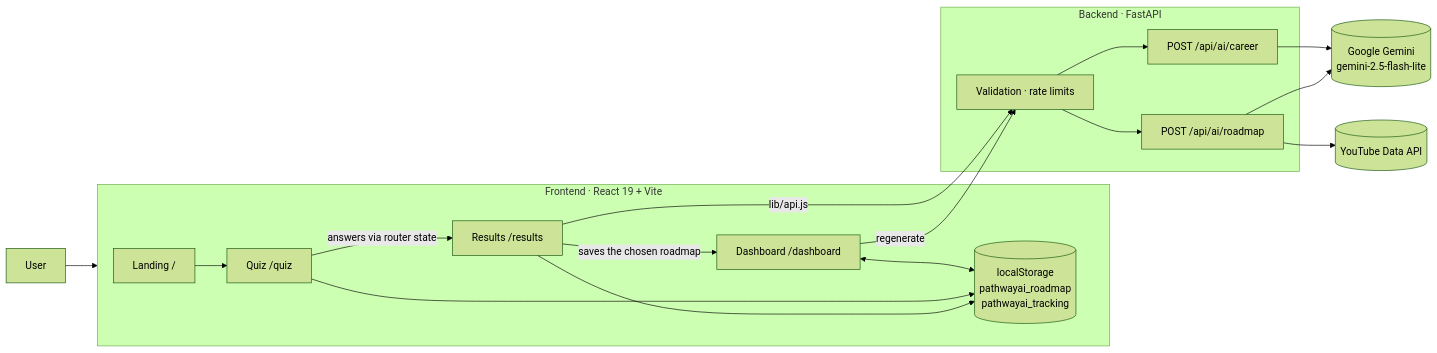
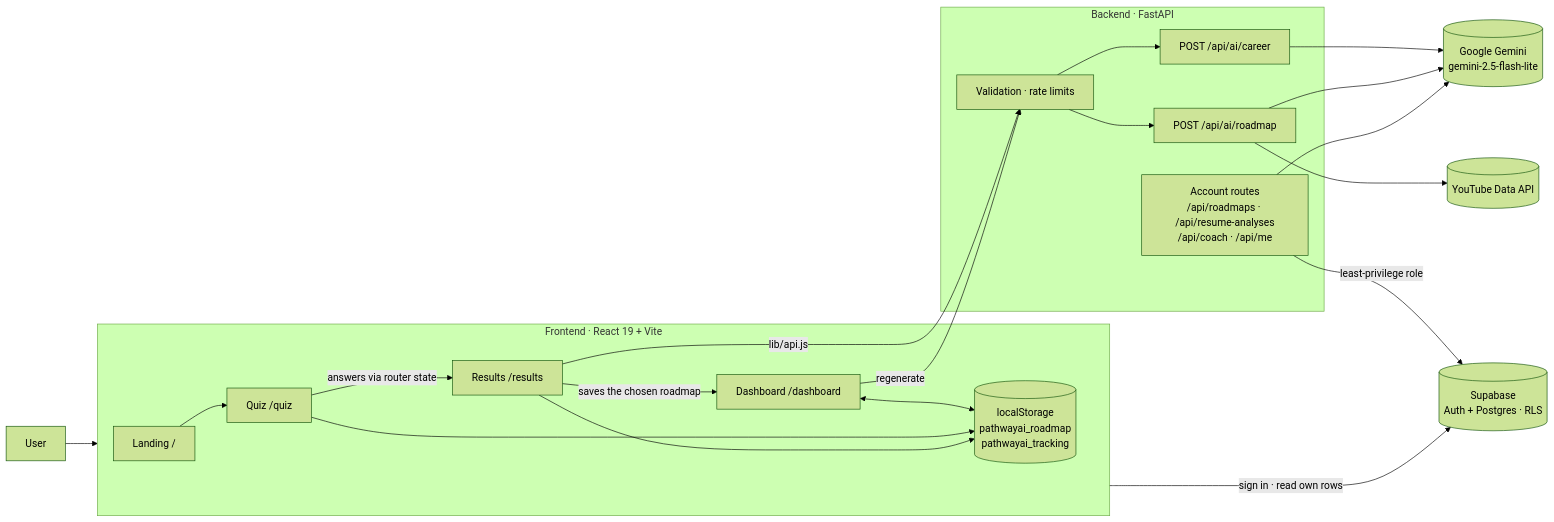
One commit to YussafZarifi/pathway-ai changed the diagram in README.md. Above: the diagram before and after it, drawn with Mermaid (forest theme). The commit also changed other lines of this file and 7 other files, not shown here.

First line of the commit message:
docs: Version 1 complete — README, project memory, roadmap and session log

````diff
--- a/README.md
+++ b/README.md
@@ -49,28 +42,34 @@
 ```mermaid
 flowchart LR
     U[User] --> FE
 
     subgraph FE[Frontend · React 19 + Vite]
         L[Landing /] --> Q[Quiz /quiz]
         Q -->|answers via router state| R[Results /results]
         R -->|saves the chosen roadmap| D[Dashboard /dashboard]
         LS[(localStorage<br/>pathwayai_roadmap<br/>pathwayai_tracking)]
         D <--> LS
         Q --> LS
         R --> LS
     end
 
     subgraph BE[Backend · FastAPI]
         V[Validation · rate limits]
         C[POST /api/ai/career]
         RM[POST /api/ai/roadmap]
+        ACC[Account routes<br/>/api/roadmaps · /api/resume-analyses<br/>/api/coach · /api/me]
     end
+
+    SB[(Supabase<br/>Auth + Postgres · RLS)]
+    FE -->|sign in · read own rows| SB
+    ACC -->|least-privilege role| SB
 
     R -->|lib/api.js| V
     D -->|regenerate| V
     V --> C
     V --> RM
     C --> G[(Google Gemini<br/>gemini-2.5-flash-lite)]
     RM --> G
     RM --> YT[(YouTube Data API)]
+    ACC --> G
 ```
````
